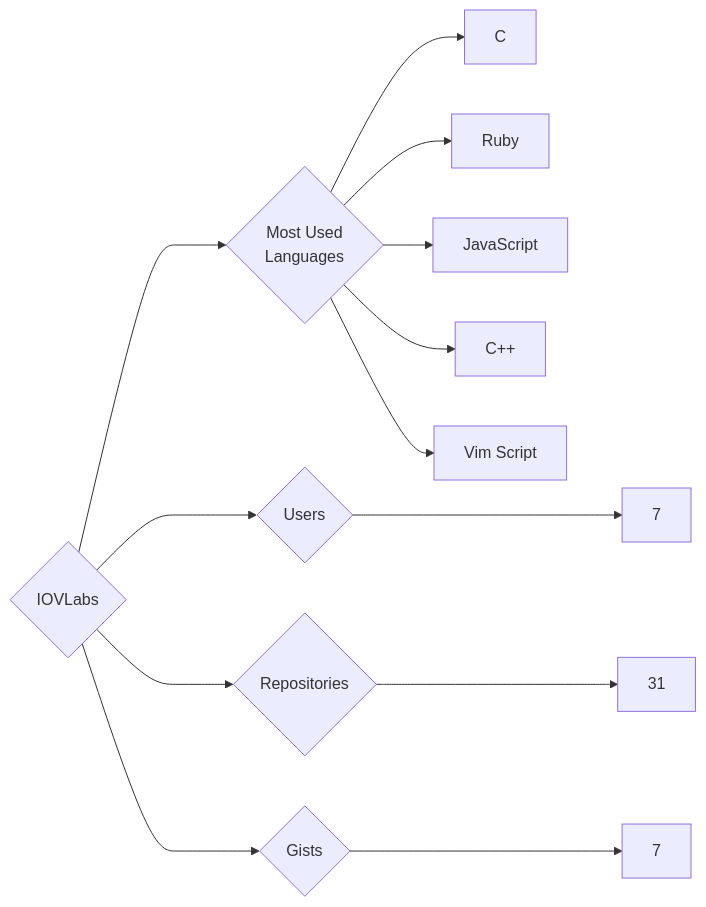
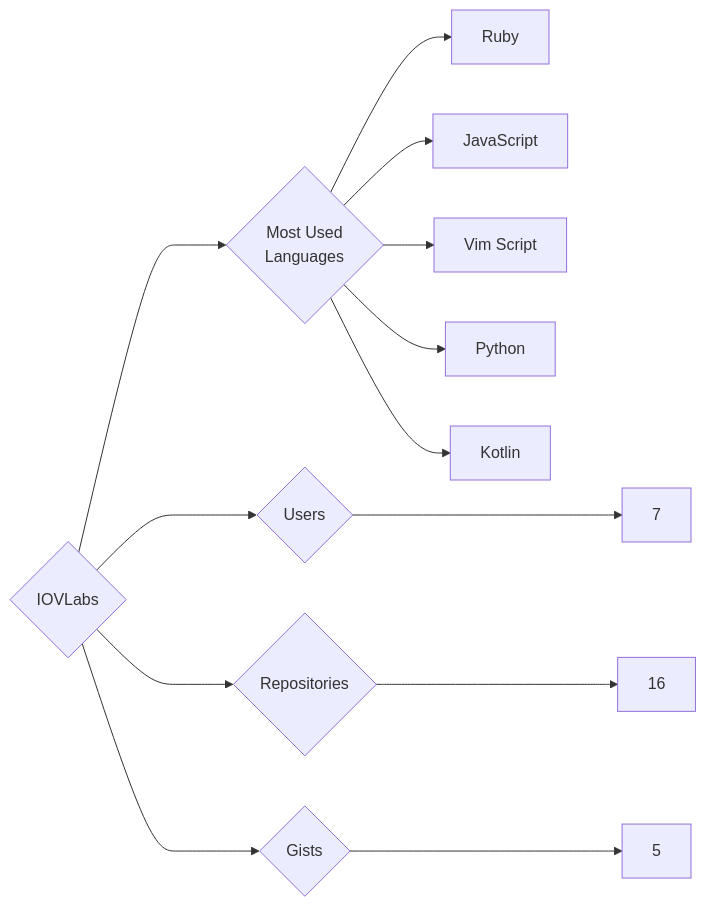
Before and after one commit to trickest/insiders: the diagram in targets/IOVLabs/README.md, drawn with Mermaid. The commit also changed 934 other files, not shown here.

````diff
--- a/targets/IOVLabs/README.md
+++ b/targets/IOVLabs/README.md
@@ -3,13 +3,13 @@
 ```mermaid
 graph LR
 COMPANY_NAME{IOVLabs}
 COMPANY_NAME ---> U{Users} ---> UN[7]
-COMPANY_NAME ---> R{Repositories} ---> RN[31]
-COMPANY_NAME ---> G{Gists} ---> GN[7]
+COMPANY_NAME ---> R{Repositories} ---> RN[16]
+COMPANY_NAME ---> G{Gists} ---> GN[5]
 COMPANY_NAME ---> ML{Most Used<br>Languages}
-ML --> C[C]
 ML --> Ruby[Ruby]
 ML --> JavaScript[JavaScript]
-ML --> C++[C++]
 ML --> Vim_Script[Vim Script]
+ML --> Python[Python]
+ML --> Kotlin[Kotlin]
 ```
````
